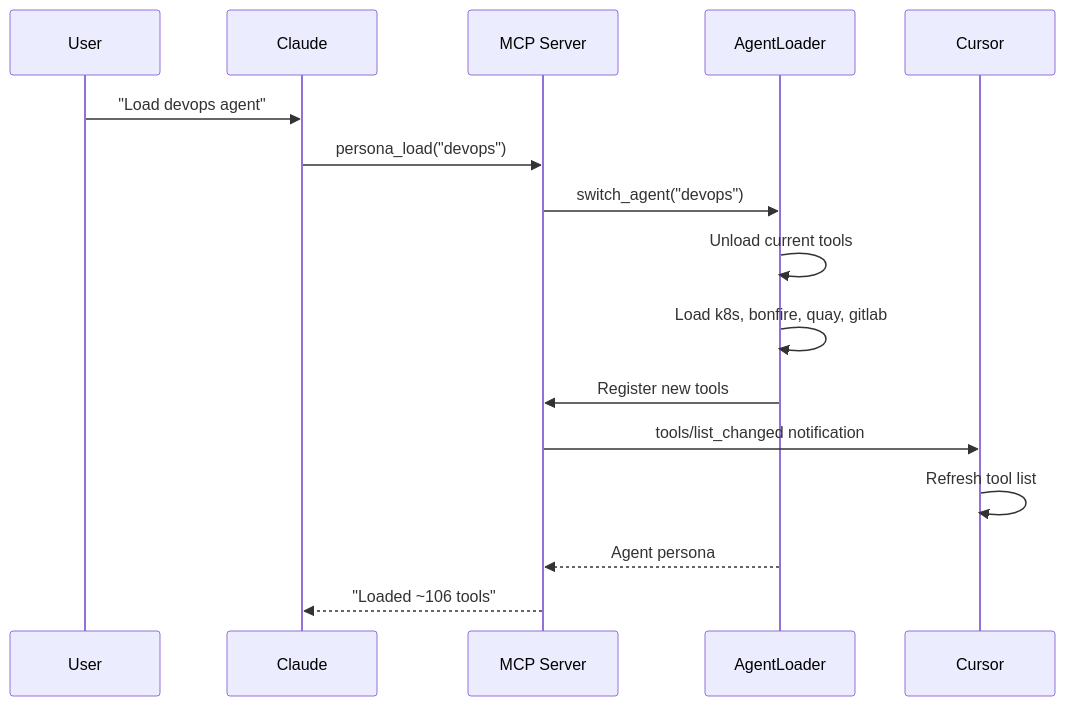
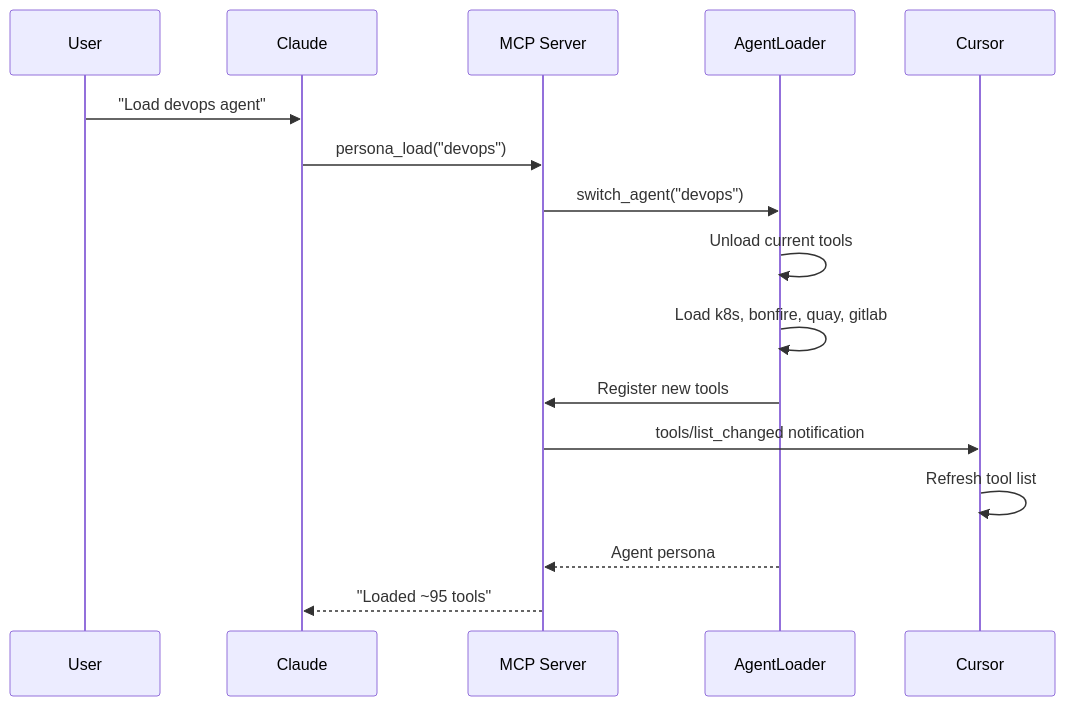
One commit to dmzoneill/redhat-ai-workflow changed the second of 4 diagrams in docs/architecture/README.md. Above: the diagram before and after it, drawn with Mermaid. The commit also changed other lines of this file and 17 other files, not shown here.

````diff
--- a/docs/architecture/README.md
+++ b/docs/architecture/README.md
@@ -100,19 +100,19 @@
 ```mermaid
 sequenceDiagram
     participant User
     participant Claude
     participant MCP as MCP Server
     participant Loader as AgentLoader
     participant Cursor
 
     User->>Claude: "Load devops agent"
     Claude->>MCP: persona_load("devops")
     MCP->>Loader: switch_agent("devops")
     Loader->>Loader: Unload current tools
     Loader->>Loader: Load k8s, bonfire, quay, gitlab
     Loader->>MCP: Register new tools
     MCP->>Cursor: tools/list_changed notification
     Cursor->>Cursor: Refresh tool list
     Loader-->>MCP: Agent persona
-    MCP-->>Claude: "Loaded ~106 tools"
+    MCP-->>Claude: "Loaded ~95 tools"
 ```
````
